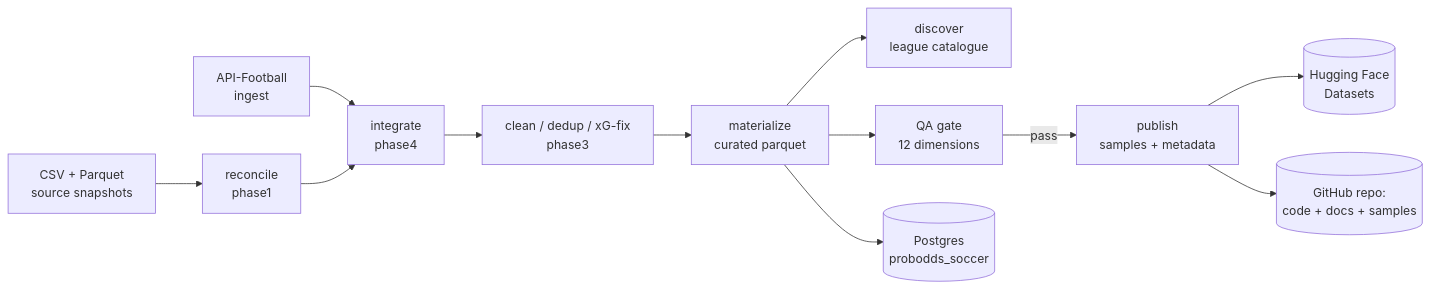
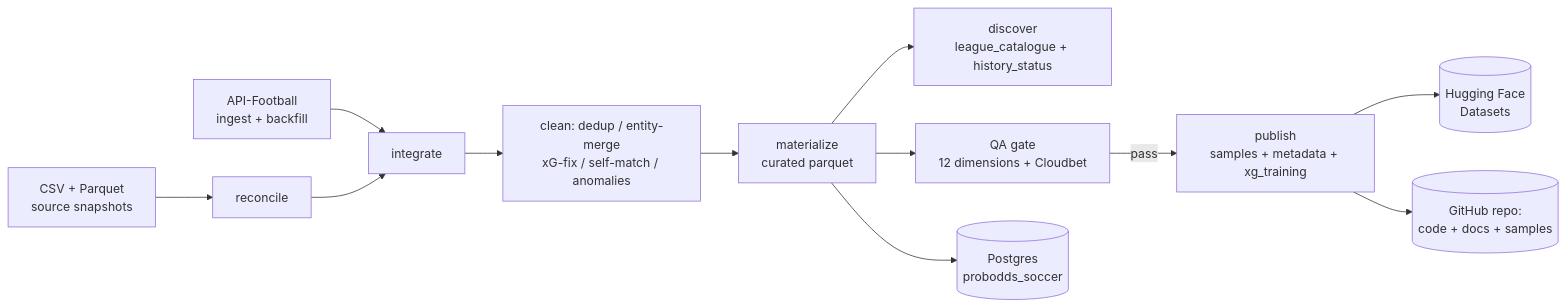
Before and after one commit to eatpizzanot/soccer-dataset: the diagram in docs/PIPELINE.md, drawn with Mermaid. The commit also changed other lines of this file and 17 other files, not shown here.

First line of the commit message:
docs: sync all docs with final backfilled/self-match-fixed state

````diff
--- a/docs/PIPELINE.md
+++ b/docs/PIPELINE.md
@@ -8,14 +8,14 @@
 ```mermaid
 flowchart LR
-    A[CSV + Parquet<br/>source snapshots] --> B[reconcile<br/>phase1]
-    X[API-Football<br/>ingest] --> C[integrate<br/>phase4]
+    A[CSV + Parquet<br/>source snapshots] --> B[reconcile]
+    X[API-Football<br/>ingest + backfill] --> C[integrate]
     B --> C
-    C --> D[clean / dedup / xG-fix<br/>phase3]
+    C --> D[clean: dedup / entity-merge<br/>xG-fix / self-match / anomalies]
     D --> E[materialize<br/>curated parquet]
-    E --> F[discover<br/>league catalogue]
-    E --> G[QA gate<br/>12 dimensions]
-    G -->|pass| H[publish<br/>samples + metadata]
+    E --> F[discover<br/>league_catalogue + history_status]
+    E --> G[QA gate<br/>12 dimensions + Cloudbet]
+    G -->|pass| H[publish<br/>samples + metadata + xg_training]
     H --> I[(Hugging Face<br/>Datasets)]
     H --> J[(GitHub repo:<br/>code + docs + samples)]
     E --> K[(Postgres<br/>probodds_soccer)]
 ```
````
